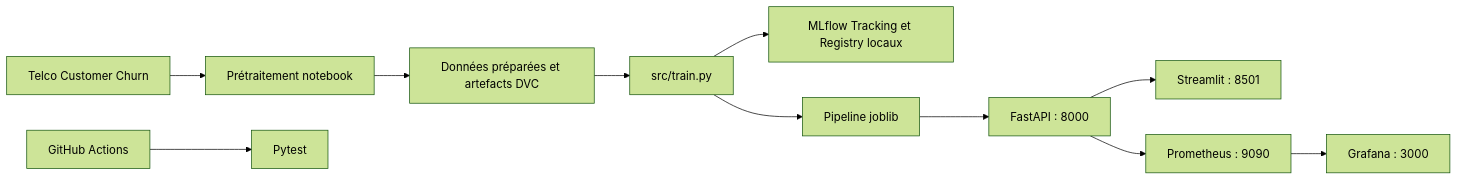
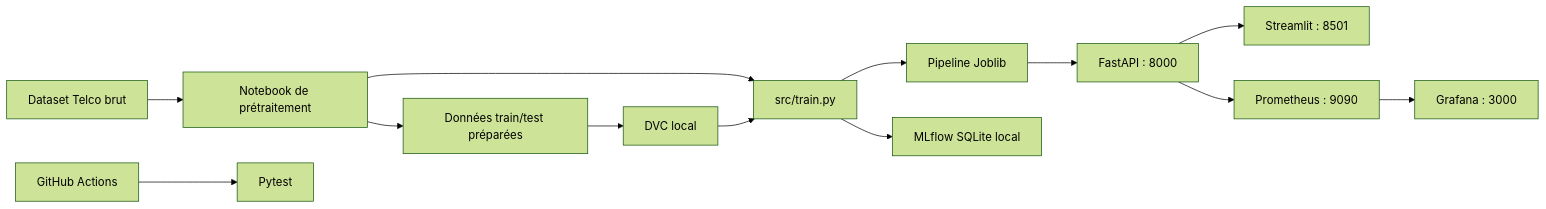
One commit to atiqaessayouti/Automl-mlops-platform changed the diagram in README.md. Above: the diagram before and after it, drawn with Mermaid (forest theme). The commit also changed other lines of this file and 4 other files, not shown here.

````diff
--- a/README.md
+++ b/README.md
@@ -23,13 +81,15 @@
 ```mermaid
 flowchart LR
-    CSV[Telco Customer Churn] --> PREP[Prétraitement notebook]
-    PREP --> DVC[Données préparées et artefacts DVC]
-    DVC --> TRAIN[src/train.py]
-    TRAIN --> MLFLOW[MLflow Tracking et Registry locaux]
-    TRAIN --> MODEL[Pipeline joblib]
+    CSV[Dataset Telco brut] --> PREP[Notebook de prétraitement]
+    PREP --> DATA[Données train/test préparées]
+    DATA --> DVC[DVC local]
+    PREP --> TRAIN[src/train.py]
+    DVC --> TRAIN
+    TRAIN --> MODEL[Pipeline Joblib]
+    TRAIN --> MLFLOW[MLflow SQLite local]
     MODEL --> API[FastAPI : 8000]
     API --> UI[Streamlit : 8501]
     API --> PROM[Prometheus : 9090]
     PROM --> GRAF[Grafana : 3000]
     CI[GitHub Actions] --> TEST[Pytest]
 ```
````
